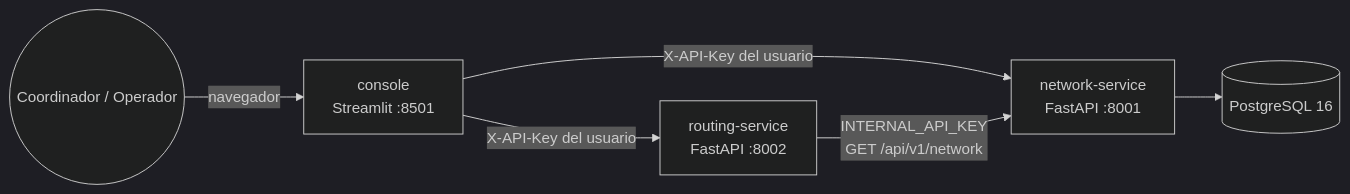
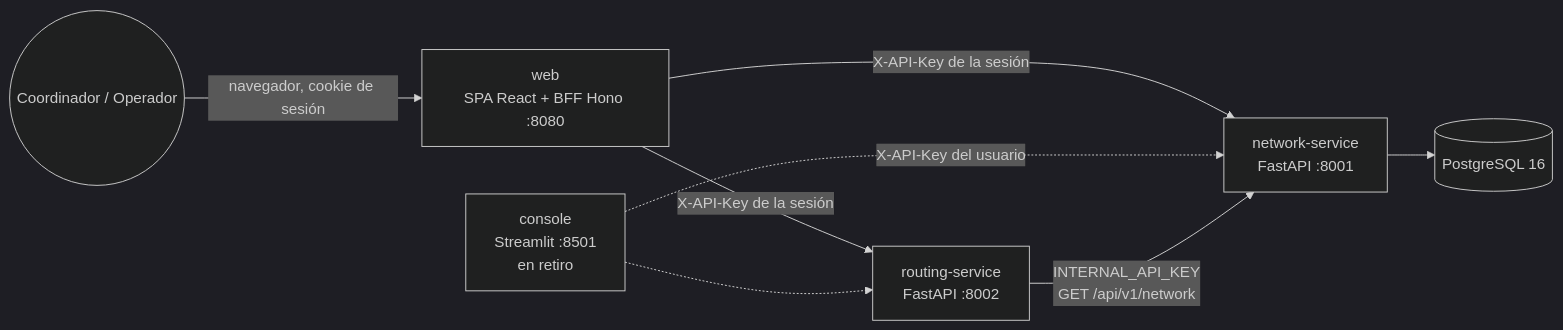
Before and after one commit to jzuluamu/trabajo_2_mi: the first of 2 diagrams in docs/01-arquitectura.md, drawn with Mermaid (dark theme). The commit also changed other lines of this file and 17 other files, not shown here.

````diff
--- a/docs/01-arquitectura.md
+++ b/docs/01-arquitectura.md
@@ -5,8 +5,10 @@
 ```mermaid
 flowchart LR
-    U((Coordinador / Operador)) -->|navegador| C[console<br/>Streamlit :8501]
-    C -->|X-API-Key del usuario| N[network-service<br/>FastAPI :8001]
-    C -->|X-API-Key del usuario| R[routing-service<br/>FastAPI :8002]
+    U((Coordinador / Operador)) -->|navegador, cookie de sesión| W[web<br/>SPA React + BFF Hono :8080]
+    W -->|X-API-Key de la sesión| N[network-service<br/>FastAPI :8001]
+    W -->|X-API-Key de la sesión| R[routing-service<br/>FastAPI :8002]
+    C[console<br/>Streamlit :8501<br/>en retiro] -.->|X-API-Key del usuario| N
+    C -.-> R
     R -->|INTERNAL_API_KEY<br/>GET /api/v1/network| N
     N --> DB[(PostgreSQL 16)]
 ```
````
